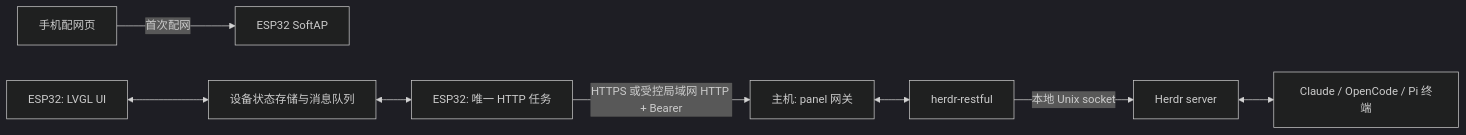
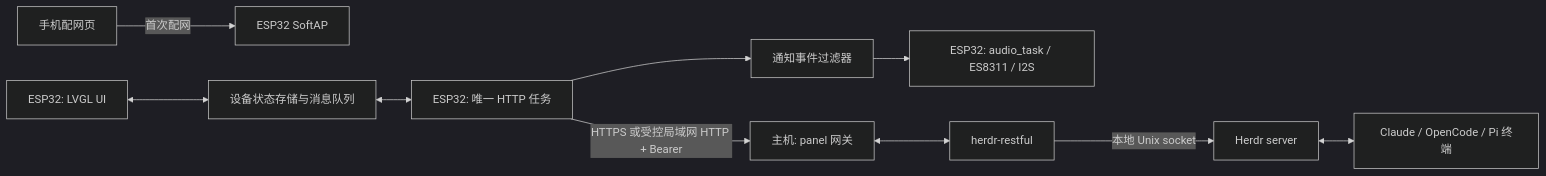
The first of 2 diagrams in docs/ARCHITECTURE.md (ca1ic0/herdr-esp32-panel), drawn with Mermaid (dark theme) before and after one commit. The commit also changed other lines of this file and 5 other files, not shown here.

````diff
--- a/docs/ARCHITECTURE.md
+++ b/docs/ARCHITECTURE.md
@@ -31,10 +30,12 @@
 ```mermaid
 flowchart LR
     Phone[手机配网页] -- 首次配网 --> AP[ESP32 SoftAP]
     UI[ESP32: LVGL UI] <--> Store[设备状态存储与消息队列]
     Store <--> Net[ESP32: 唯一 HTTP 任务]
+    Net --> Events[通知事件过滤器]
+    Events --> Audio[ESP32: audio_task / ES8311 / I2S]
     Net -->|HTTPS 或受控局域网 HTTP + Bearer| Gateway[主机: panel 网关]
     Gateway <--> Rest[herdr-restful]
     Rest -- 本地 Unix socket --> Herdr[Herdr server]
     Herdr <--> CLI[Claude / OpenCode / Pi 终端]
 ```
````
